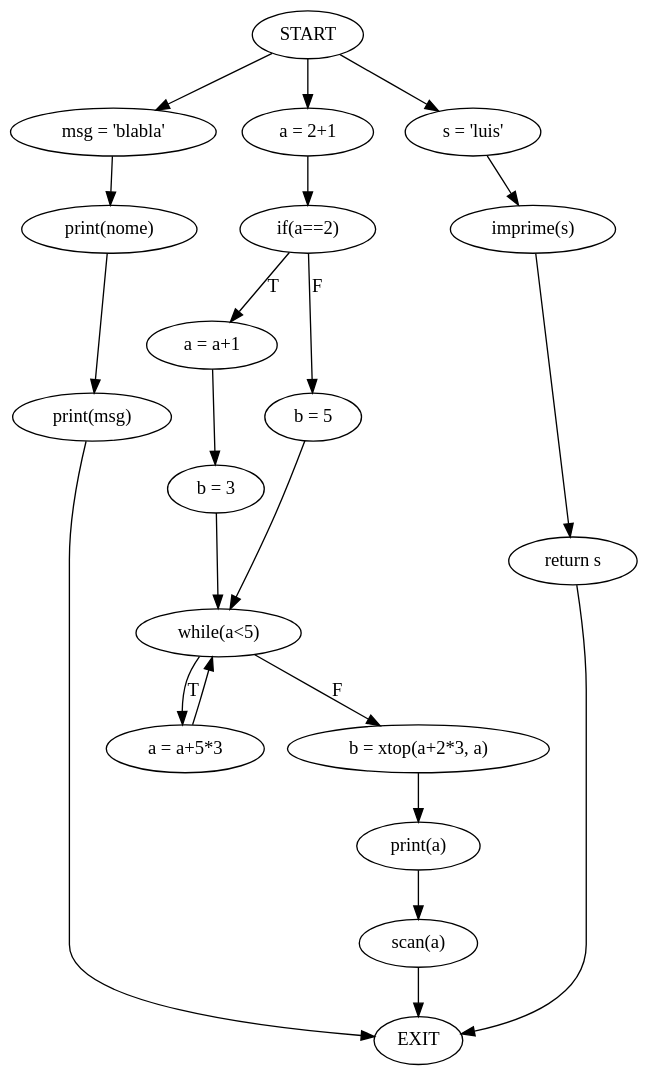
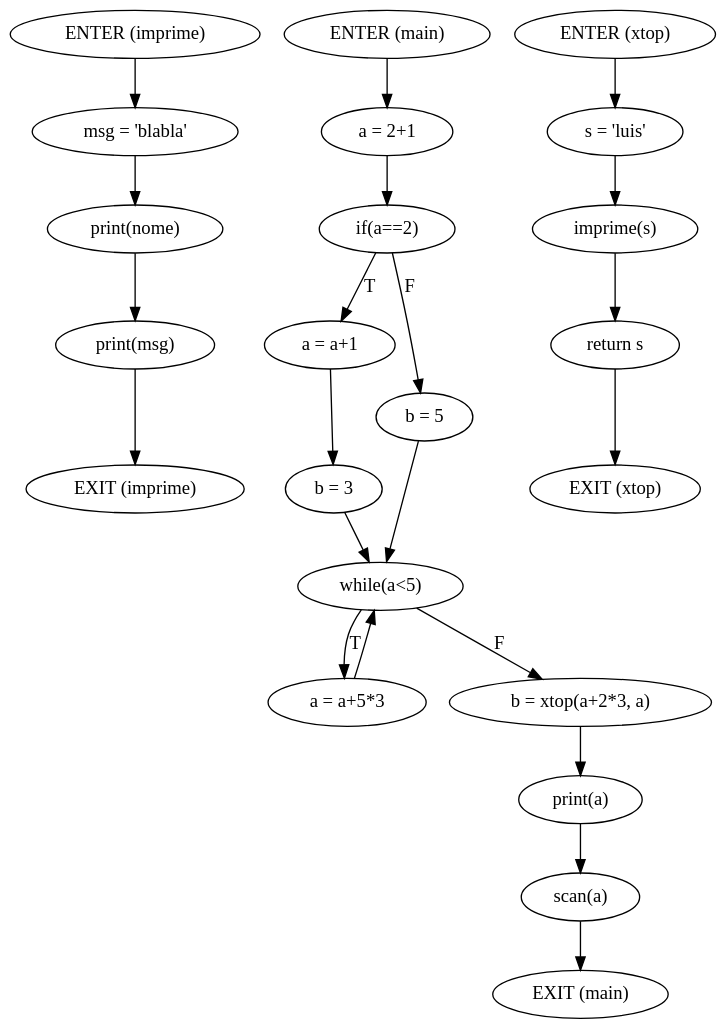
Before and after one commit to MiguelCosta/EngenhariaDeLinguagens: the diagram in ATS/Fichas/Cmb/Gramatica/output/cfg.gv, drawn with Graphviz. The commit also changed 42 other files, not shown here.

```diff
--- a/ATS/Fichas/Cmb/Gramatica/output/cfg.gv
+++ b/ATS/Fichas/Cmb/Gramatica/output/cfg.gv
@@ -1,24 +1,24 @@
 digraph mainmap {
 graph [bgcolor=transparent];
-"START" -> "msg = 'blabla'";
+"ENTER (imprime)" -> "msg = 'blabla'";
 	"msg = 'blabla'" -> "print(nome)";
 	"print(nome)" -> "print(msg)";
-	"print(msg)" -> "EXIT";
-	"START" -> "a = 2+1";
+	"print(msg)" -> "EXIT (imprime)";
+	"ENTER (main)" -> "a = 2+1";
 	"a = 2+1" -> "if(a==2)";
 	"if(a==2)" -> "a = a+1"[label="T"];
 	"if(a==2)" -> "b = 5"[label="F"];
 	"a = a+1" -> "b = 3";
 	"b = 3" -> "while(a<5)";
 	"b = 5" -> "while(a<5)";
 	"while(a<5)" -> "a = a+5*3"[label="T"];
 	"while(a<5)" -> "b = xtop(a+2*3, a)"[label="F"];
 	"a = a+5*3" -> "while(a<5)";
 	"b = xtop(a+2*3, a)" -> "print(a)";
 	"print(a)" -> "scan(a)";
-	"scan(a)" -> "EXIT";
-	"START" -> "s = 'luis'";
+	"scan(a)" -> "EXIT (main)";
+	"ENTER (xtop)" -> "s = 'luis'";
 	"s = 'luis'" -> "imprime(s)";
 	"imprime(s)" -> "return s";
-	"return s" -> "EXIT";
+	"return s" -> "EXIT (xtop)";
 	}
```
